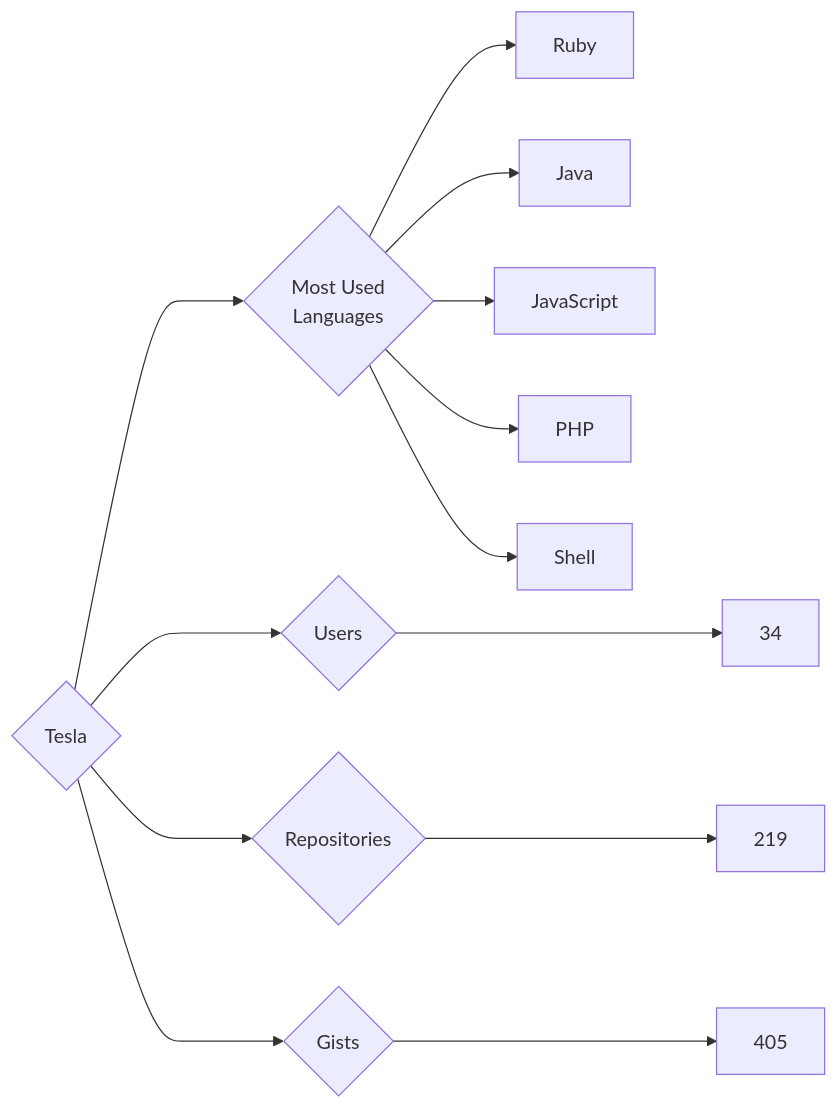
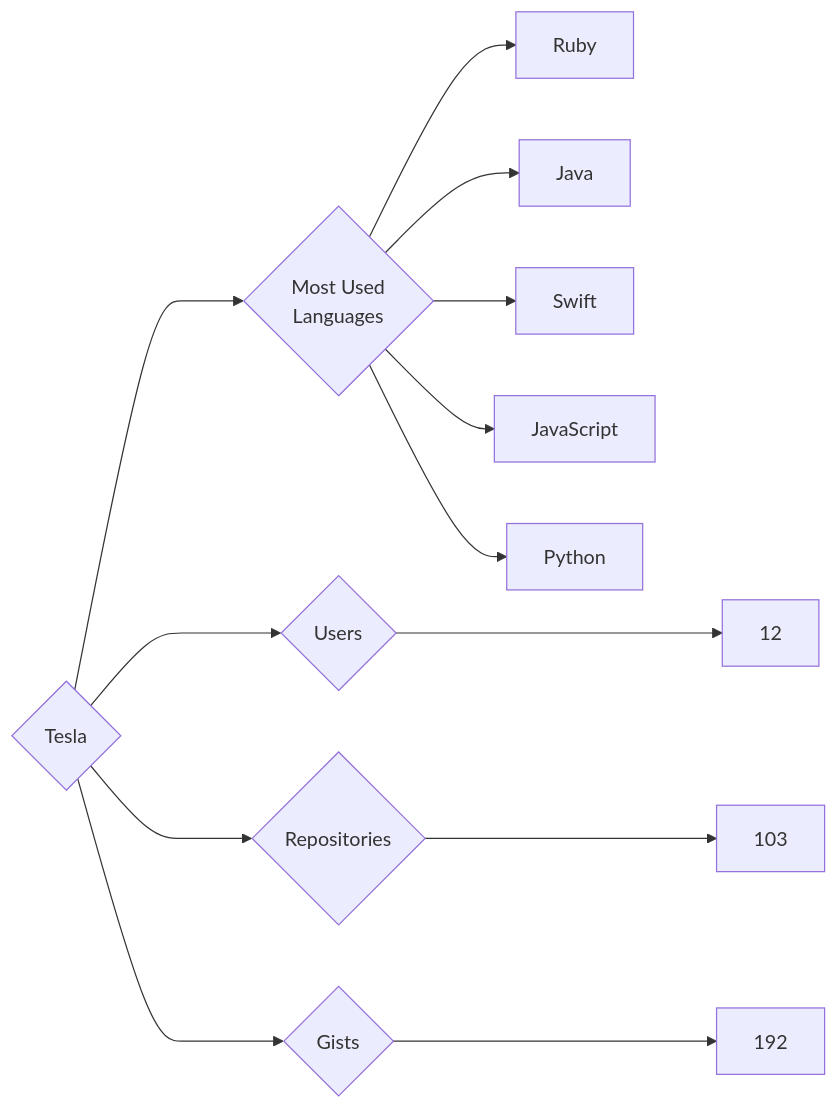
The diagram in targets/Tesla/README.md (trickest/insiders), drawn with Mermaid before and after one commit. The commit also changed 970 other files, not shown here.

````diff
--- a/targets/Tesla/README.md
+++ b/targets/Tesla/README.md
@@ -3,13 +3,13 @@
 ```mermaid
 graph LR
 COMPANY_NAME{Tesla}
-COMPANY_NAME ---> U{Users} ---> UN[34]
-COMPANY_NAME ---> R{Repositories} ---> RN[219]
-COMPANY_NAME ---> G{Gists} ---> GN[405]
+COMPANY_NAME ---> U{Users} ---> UN[12]
+COMPANY_NAME ---> R{Repositories} ---> RN[103]
+COMPANY_NAME ---> G{Gists} ---> GN[192]
 COMPANY_NAME ---> ML{Most Used<br>Languages}
 ML --> Ruby[Ruby]
 ML --> Java[Java]
+ML --> Swift[Swift]
 ML --> JavaScript[JavaScript]
-ML --> PHP[PHP]
-ML --> Shell[Shell]
+ML --> Python[Python]
 ```
````
